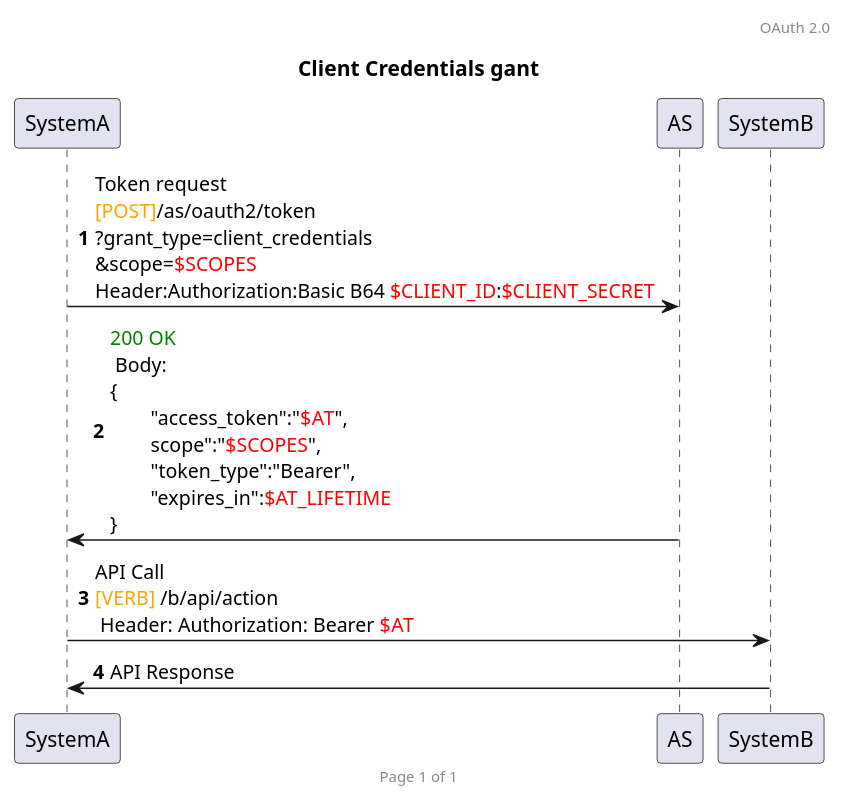
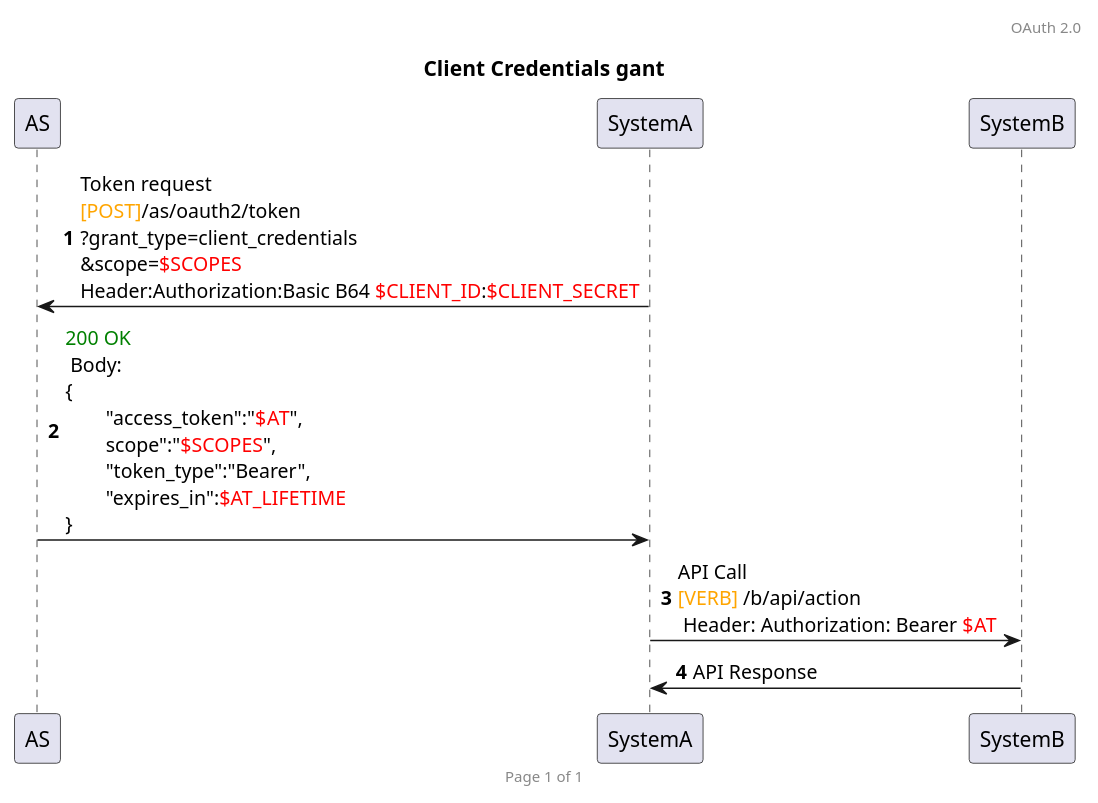
One commit to HenriLefevrePro/Articles changed the diagram in plantuml/oauth2/client_credentials.plantuml. Above: the diagram before and after it, drawn with PlantUML.

```diff
--- a/plantuml/oauth2/client_credentials.plantuml
+++ b/plantuml/oauth2/client_credentials.plantuml
@@ -1,14 +1,18 @@
 @startuml
 
 header OAuth 2.0
 footer Page %page% of %lastpage%
 
 title Client Credentials gant
 autonumber
 
+participant AS
+participant SystemA
+participant SystemB
+
 SystemA -> AS : Token request\n<font color=orange>[POST]</font>/as/oauth2/token\n?grant_type=client_credentials\n&scope=<font color=red>$SCOPES</font>\nHeader:Authorization:Basic B64 <font color=red>$CLIENT_ID</font>:<font color=red>$CLIENT_SECRET</font>
 AS -> SystemA : <font color=green>200 OK</font> \n Body: \n{\n\t"access_token":"<font color=red>$AT</font>",\n\tscope":"<font color=red>$SCOPES</font>",\n\t"token_type":"Bearer",\n\t"expires_in":<font color=red>$AT_LIFETIME</font>\n}
 
 SystemA -> SystemB : API Call \n<font color=orange>[VERB]</font> /b/api/action\n Header: Authorization: Bearer <font color=red>$AT</font>
 SystemB -> SystemA : API Response
 @enduml
```
